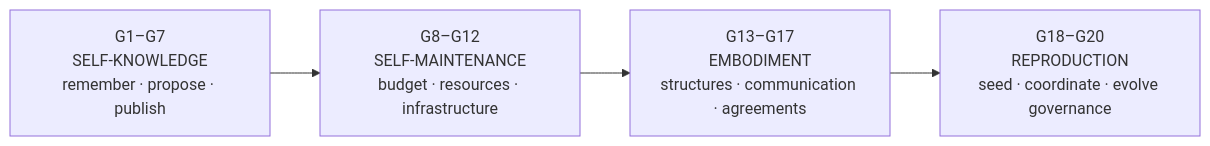
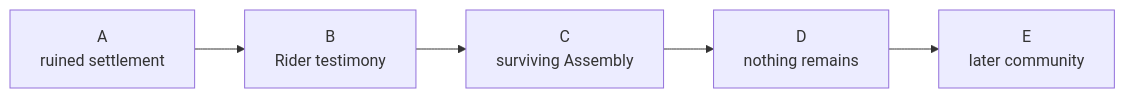
One commit to mackeymootsa/gaian-chronicle changed the fourth of 8 diagrams in branches/frontier-hypha/README.md. Above: the diagram before and after it, drawn with Mermaid. The commit also changed other lines of this file, not shown here.

````diff
--- a/branches/frontier-hypha/README.md
+++ b/branches/frontier-hypha/README.md
@@ -281,7 +306,7 @@
 ```mermaid
 flowchart LR
-    A["G1–G7<br/>SELF-KNOWLEDGE<br/>remember · propose · publish"] --> 
-    B["G8–G12<br/>SELF-MAINTENANCE<br/>budget · resources · infrastructure"] --> 
-    C["G13–G17<br/>EMBODIMENT<br/>structures · communication · agreements"] --> 
-    D["G18–G20<br/>REPRODUCTION<br/>seed · coordinate · evolve governance"]
+    A["A<br/>ruined settlement"] --> B["B<br/>Rider testimony"]
+    B --> C["C<br/>surviving Assembly"]
+    C --> D["D<br/>nothing remains"]
+    D --> E["E<br/>later community"]
 ```
````
